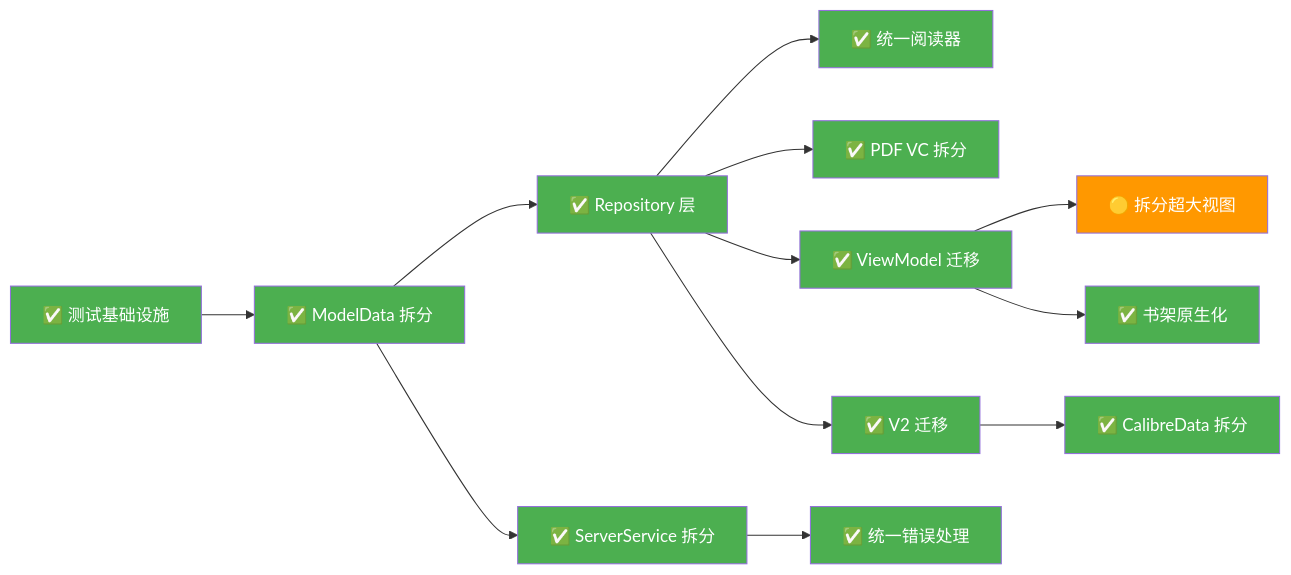
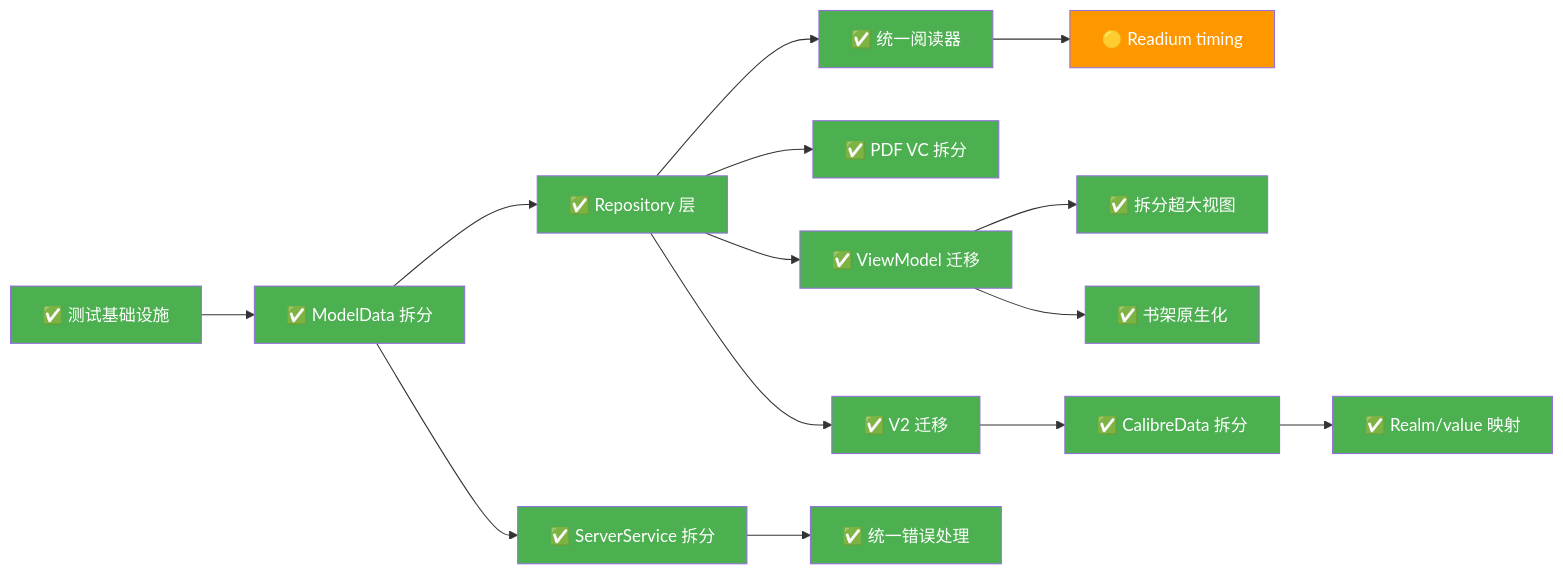
The third of 3 diagrams in .agents/plans/REFACTOR_PLAN.claude.md (drearycold/YetAnotherEBookReader), drawn with Mermaid before and after one commit. The commit also changed other lines of this file and 9 other files, not shown here.

````diff
--- a/.agents/plans/REFACTOR_PLAN.claude.md
+++ b/.agents/plans/REFACTOR_PLAN.claude.md
@@ -801,27 +805,31 @@
 ```mermaid
 graph LR
     P0_2["✅ 测试基础设施"] --> P0_1["✅ ModelData 拆分"]
     P0_1 --> P0_3["✅ Repository 层"]
     P0_3 --> P1_Reader["✅ 统一阅读器"]
     P0_3 --> P1_PDF["✅ PDF VC 拆分"]
     P0_1 --> P1_Network["✅ ServerService 拆分"]
     P0_3 --> P1_VM["✅ ViewModel 迁移"]
     P0_3 --> P1_CB["✅ V2 迁移"]
-    P1_VM --> P2_View["🟡 拆分超大视图"]
+    P1_VM --> P2_View["✅ 拆分超大视图"]
     P1_CB --> P2_Data["✅ CalibreData 拆分"]
     P1_Network --> P2_Error["✅ 统一错误处理"]
     P1_VM --> P2_Shelf["✅ 书架原生化"]
+    P2_Data --> P2_Mapping["✅ Realm/value 映射"]
+    P1_Reader --> P2_ReadiumTiming["🟡 Readium timing"]
     
     style P0_2 fill:#4CAF50,color:#fff
     style P0_1 fill:#4CAF50,color:#fff
     style P0_3 fill:#4CAF50,color:#fff
     style P1_Reader fill:#4CAF50,color:#fff
     style P1_PDF fill:#4CAF50,color:#fff
     style P1_Network fill:#4CAF50,color:#fff
     style P1_VM fill:#4CAF50,color:#fff
     style P1_CB fill:#4CAF50,color:#fff
-    style P2_View fill:#FF9800,color:#fff
+    style P2_View fill:#4CAF50,color:#fff
     style P2_Data fill:#4CAF50,color:#fff
     style P2_Error fill:#4CAF50,color:#fff
     style P2_Shelf fill:#4CAF50,color:#fff
+    style P2_Mapping fill:#4CAF50,color:#fff
+    style P2_ReadiumTiming fill:#FF9800,color:#fff
 ```
````
